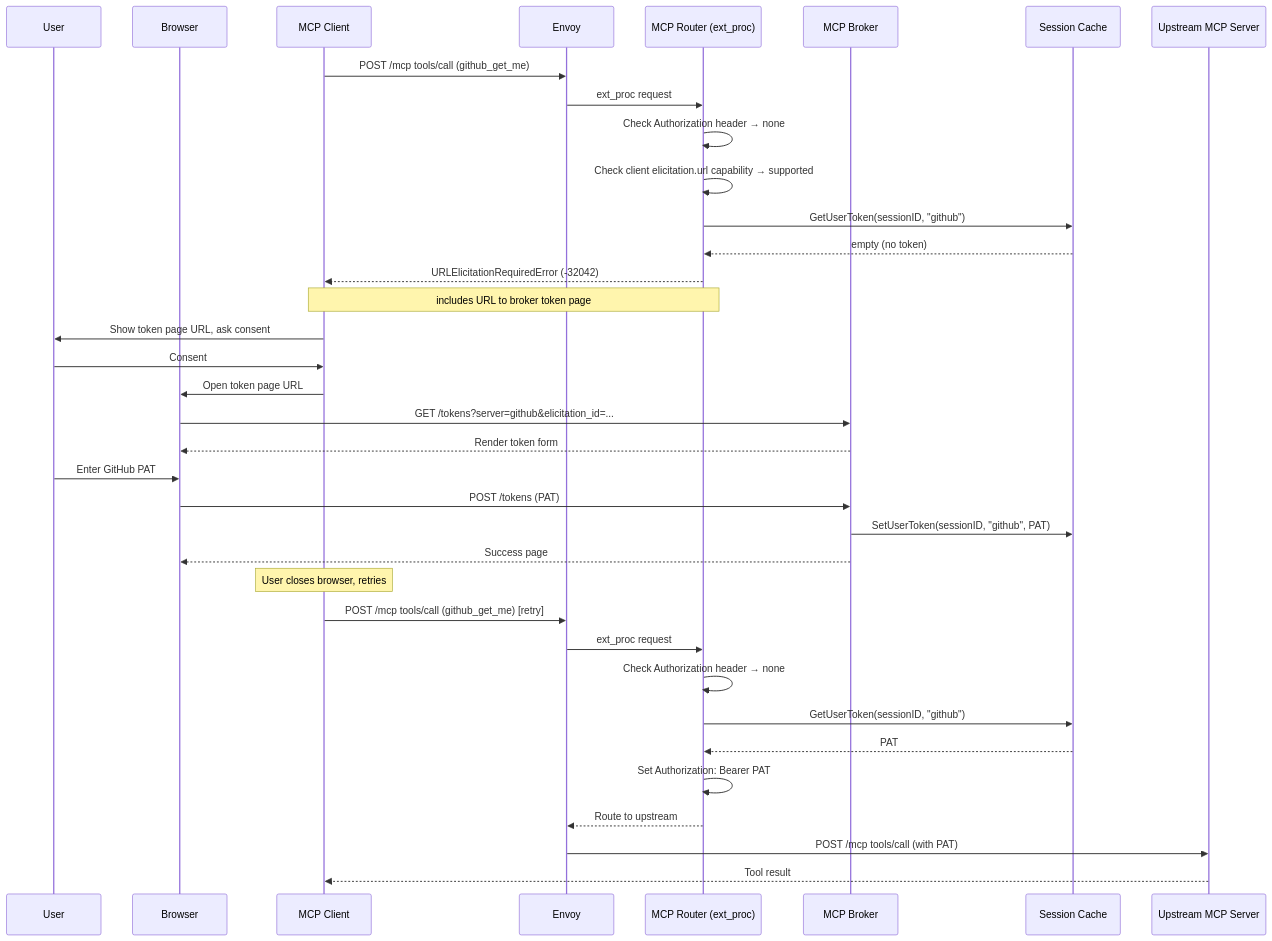
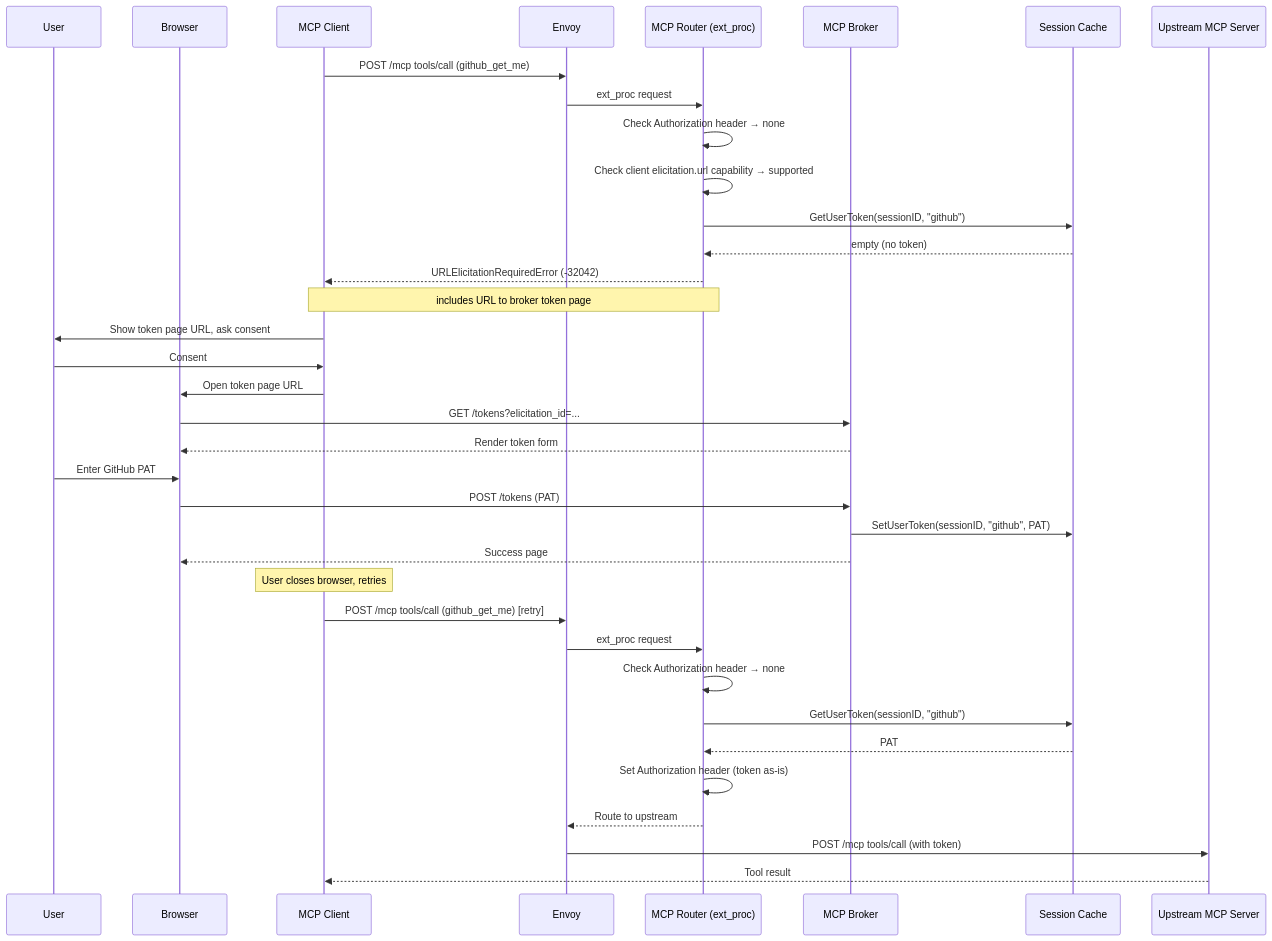
One commit to Kuadrant/mcp-gateway changed the first of 2 diagrams in docs/design/gateway-url-token-elicitation/gateway-url-token-elicitation-design.md. Above: the diagram before and after it, drawn with Mermaid. The commit also changed other lines of this file and 7 other files, not shown here.

````diff
--- a/docs/design/gateway-url-token-elicitation/gateway-url-token-elicitation-design.md
+++ b/docs/design/gateway-url-token-elicitation/gateway-url-token-elicitation-design.md
@@ -67,42 +67,42 @@
 ```mermaid
 sequenceDiagram
     participant User
     participant Browser
     participant Client as MCP Client
     participant Gateway as Envoy
     participant Router as MCP Router (ext_proc)
     participant Broker as MCP Broker
     participant Cache as Session Cache
     participant Upstream as Upstream MCP Server
 
     Client->>Gateway: POST /mcp tools/call (github_get_me)
     Gateway->>Router: ext_proc request
     Router->>Router: Check Authorization header → none
     Router->>Router: Check client elicitation.url capability → supported
     Router->>Cache: GetUserToken(sessionID, "github")
     Cache-->>Router: empty (no token)
     Router-->>Client: URLElicitationRequiredError (-32042)
     Note over Router,Client: includes URL to broker token page
 
     Client->>User: Show token page URL, ask consent
     User->>Client: Consent
     Client->>Browser: Open token page URL
 
-    Browser->>Broker: GET /tokens?server=github&elicitation_id=...
+    Browser->>Broker: GET /tokens?elicitation_id=...
     Broker-->>Browser: Render token form
     User->>Browser: Enter GitHub PAT
     Browser->>Broker: POST /tokens (PAT)
     Broker->>Cache: SetUserToken(sessionID, "github", PAT)
     Broker-->>Browser: Success page
 
     Note over Client: User closes browser, retries
     Client->>Gateway: POST /mcp tools/call (github_get_me) [retry]
     Gateway->>Router: ext_proc request
     Router->>Router: Check Authorization header → none
     Router->>Cache: GetUserToken(sessionID, "github")
     Cache-->>Router: PAT
-    Router->>Router: Set Authorization: Bearer PAT
+    Router->>Router: Set Authorization header (token as-is)
     Router-->>Gateway: Route to upstream
-    Gateway->>Upstream: POST /mcp tools/call (with PAT)
+    Gateway->>Upstream: POST /mcp tools/call (with token)
     Upstream-->>Client: Tool result
 ```
````
